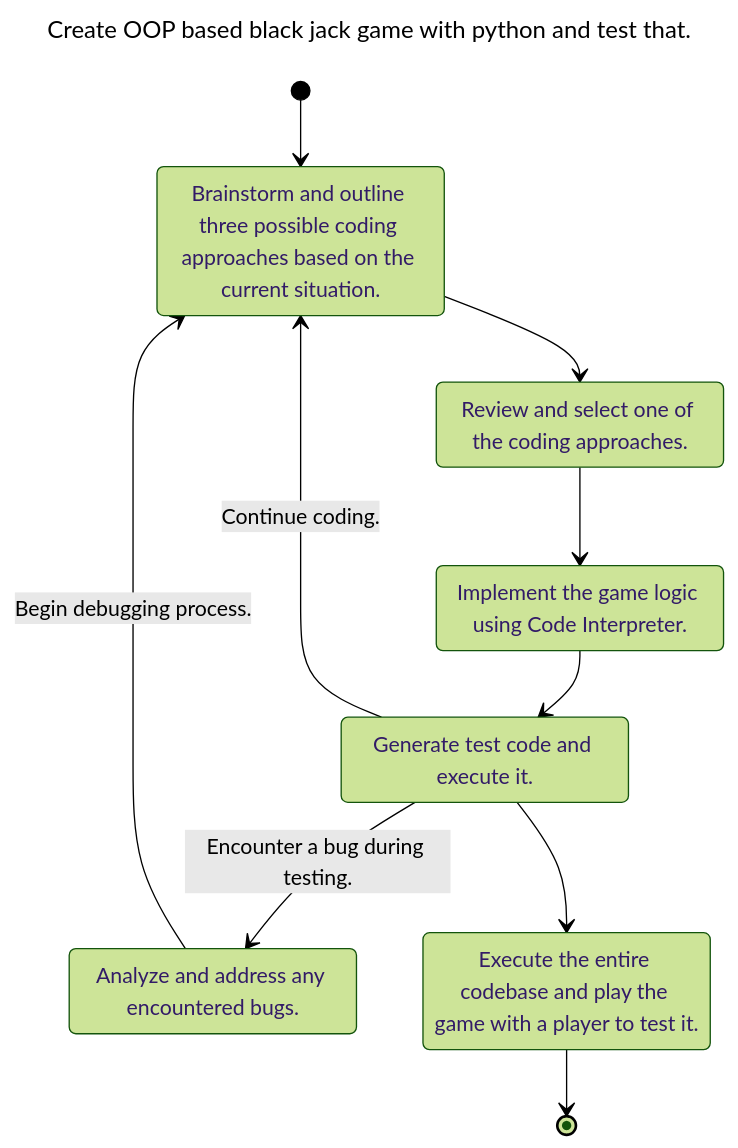
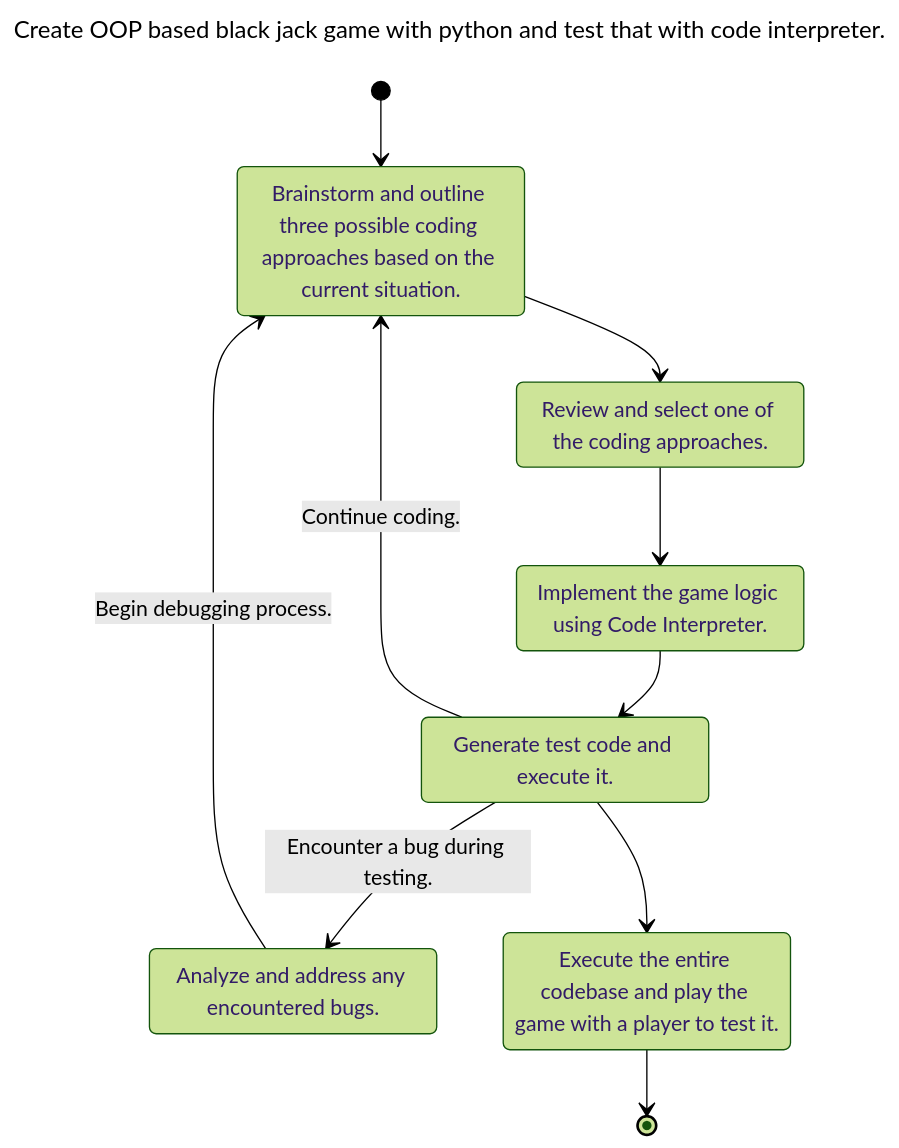
The fifth of 5 diagrams in README.md (fladdict/llmermaid), drawn with Mermaid (forest theme) before and after one commit. The commit also changed other lines of this file, not shown here.

````diff
--- a/README.md
+++ b/README.md
@@ -161,22 +165,22 @@
 ```mermaid
 ---
-title: Create OOP based black jack game with python and test that.
+title: Create OOP based black jack game with python and test that with code interpreter.
 ---
 stateDiagram-v2
 [*] --> A
 A --> B
 B --> C
 C --> D
 D --> A: Continue coding.
 D --> E: Encounter a bug during testing.
 E --> A: Begin debugging process.
 D --> F
 F --> [*]
 
 A: Brainstorm and outline three possible coding approaches based on the current situation.
 B: Review and select one of the coding approaches.
 C: Implement the game logic using Code Interpreter.
 D: Generate test code and execute it.
 E: Analyze and address any encountered bugs.
 F: Execute the entire codebase and play the game with a player to test it.
 ```
````
